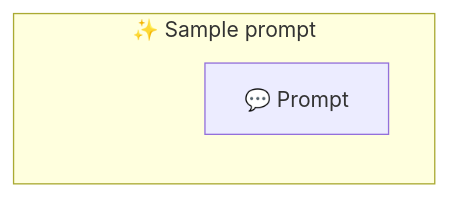
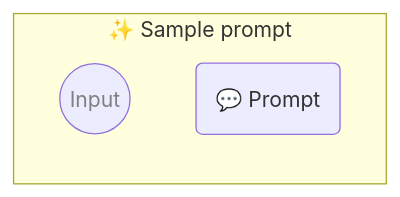
Before and after one commit to webgptorg/promptbook: the diagram in samples/templates/00-simple.ptbk.md, drawn with Mermaid. The commit also changed 19 other files, not shown here.

Commit message:
Auto-generated Mermaid graphs of promptboks

````diff
--- a/samples/templates/00-simple.ptbk.md
+++ b/samples/templates/00-simple.ptbk.md
@@ -9,15 +9,15 @@
 ```mermaid
 %% 🔮 Tip: Open this on GitHub or in the VSCode website to see the Mermaid graph visually
 
 flowchart LR
   subgraph "✨ Sample prompt"
 
       direction TB
 
-      input[<!--Input-->]:::hidden
-      templatePrompt[💬 Prompt]
+      input((Input)):::input
+      templatePrompt(💬 Prompt)
 
-      classDef hidden visibility: hidden;
+      classDef input color: grey;
 
   end;
 ```
````
